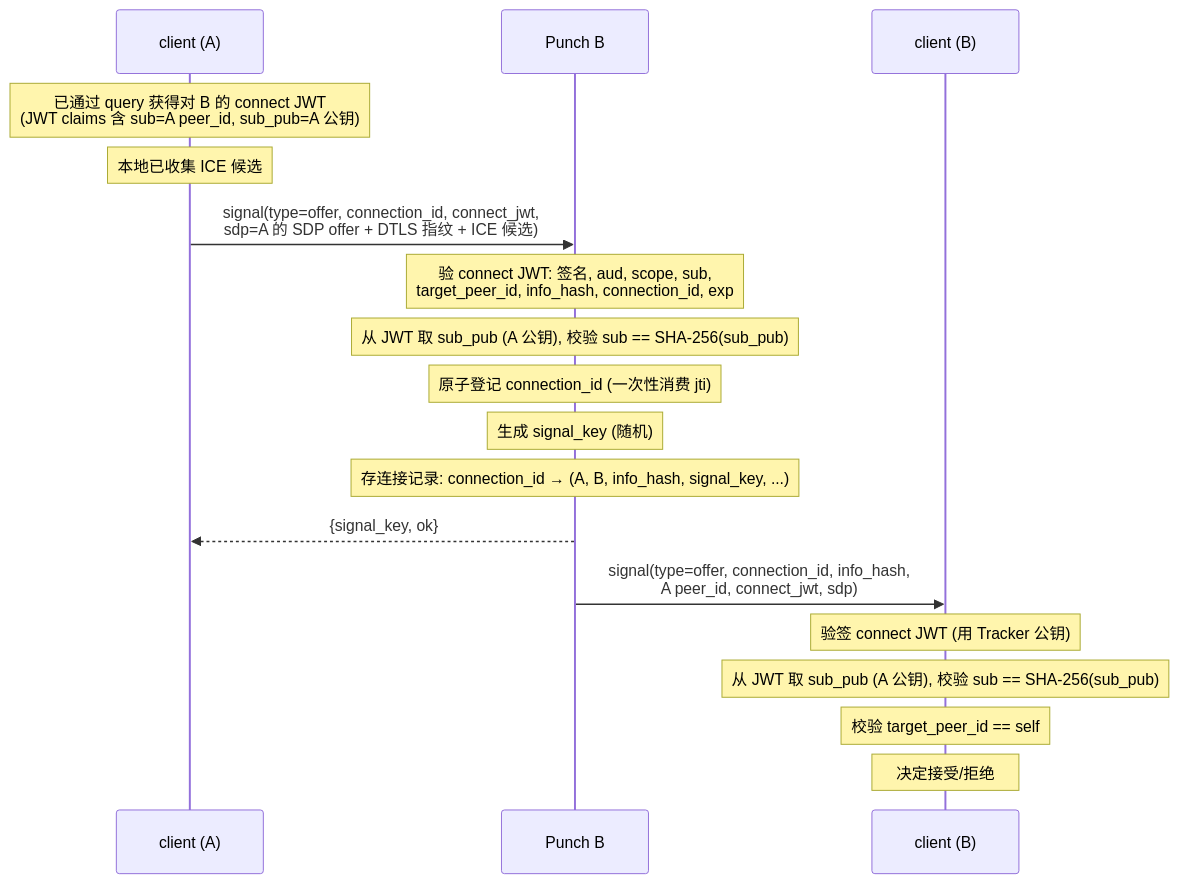
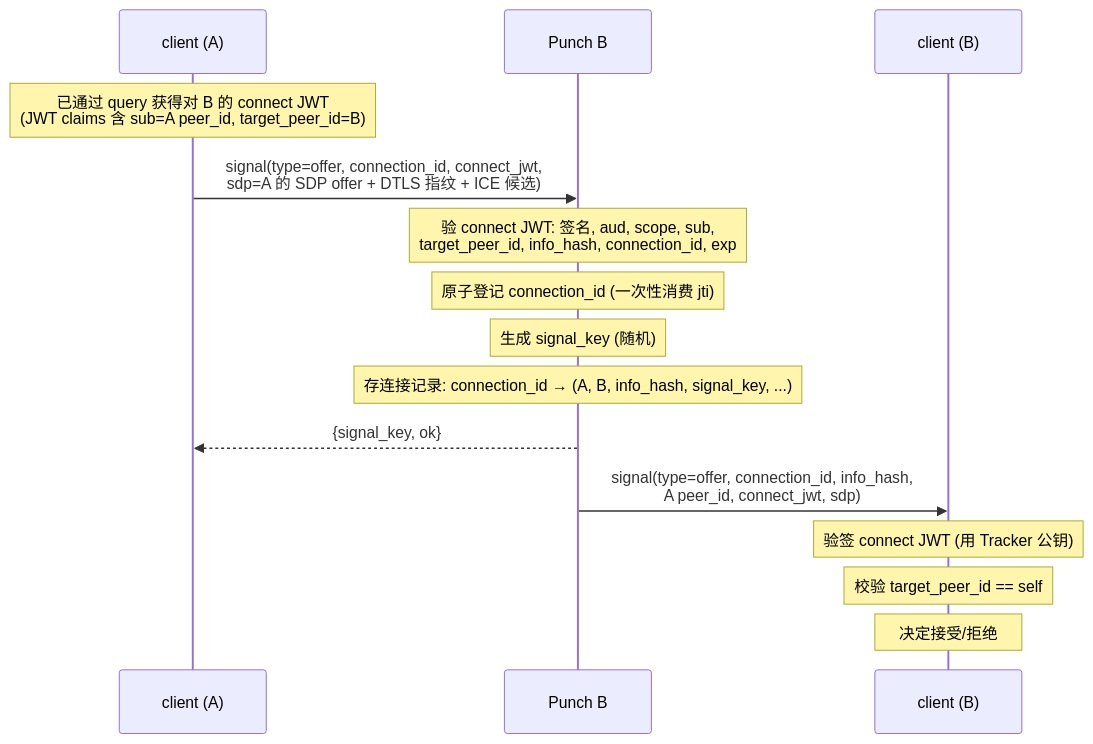
One commit to mivinci/p2p changed diagram 11 of 15 in docs/design/p2p-overview.md. Above: the diagram before and after it, drawn with Mermaid. The commit also changed other lines of this file, not shown here.

First line of the commit message:
docs(design): drop sub_pub from JWT, request body carries public_key; fix coherence bugs

````diff
--- a/docs/design/p2p-overview.md
+++ b/docs/design/p2p-overview.md
@@ -813,23 +817,20 @@
 ```mermaid
 sequenceDiagram
     participant A as client (A)
     participant PB as Punch B
     participant B as client (B)
 
-    Note over A: 已通过 query 获得对 B 的 connect JWT<br/>(JWT claims 含 sub=A peer_id, sub_pub=A 公钥)
-    Note over A: 本地已收集 ICE 候选
+    Note over A: 已通过 query 获得对 B 的 connect JWT<br/>(JWT claims 含 sub=A peer_id, target_peer_id=B)
 
     A->>PB: signal(type=offer, connection_id, connect_jwt,<br/>sdp=A 的 SDP offer + DTLS 指纹 + ICE 候选)
     Note over PB: 验 connect JWT: 签名, aud, scope, sub,<br/>target_peer_id, info_hash, connection_id, exp
-    Note over PB: 从 JWT 取 sub_pub (A 公钥), 校验 sub == SHA-256(sub_pub)
     Note over PB: 原子登记 connection_id (一次性消费 jti)
     Note over PB: 生成 signal_key (随机)
     Note over PB: 存连接记录: connection_id → (A, B, info_hash, signal_key, ...)
     PB-->>A: {signal_key, ok}
 
     PB->>B: signal(type=offer, connection_id, info_hash,<br/>A peer_id, connect_jwt, sdp)
     Note over B: 验签 connect JWT (用 Tracker 公钥)
-    Note over B: 从 JWT 取 sub_pub (A 公钥), 校验 sub == SHA-256(sub_pub)
     Note over B: 校验 target_peer_id == self
     Note over B: 决定接受/拒绝
 ```
````
